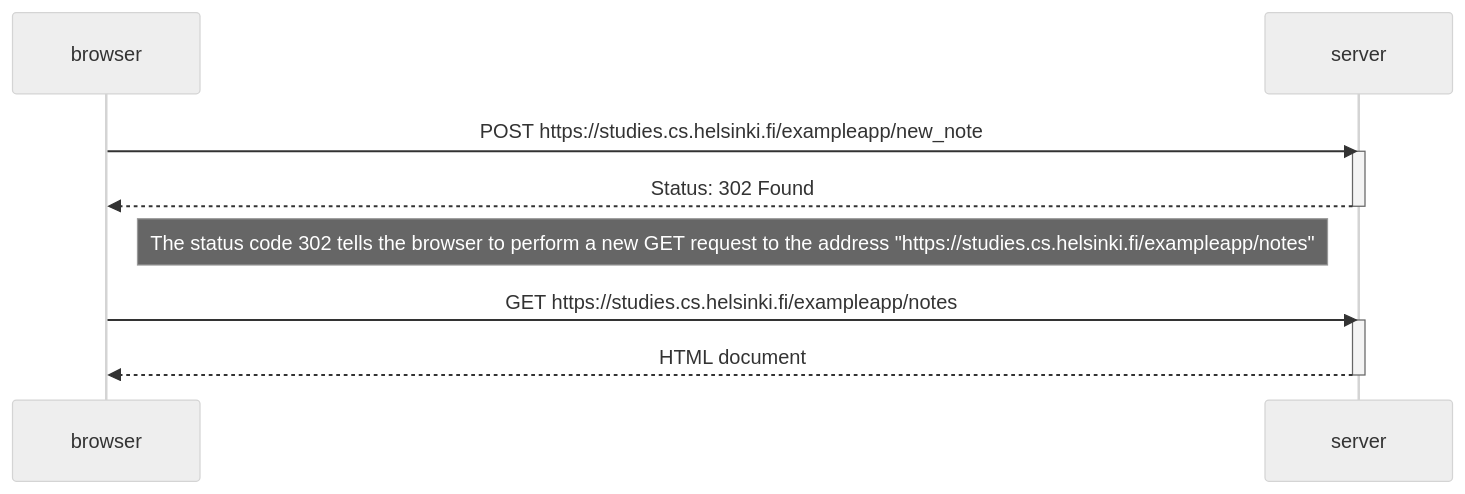
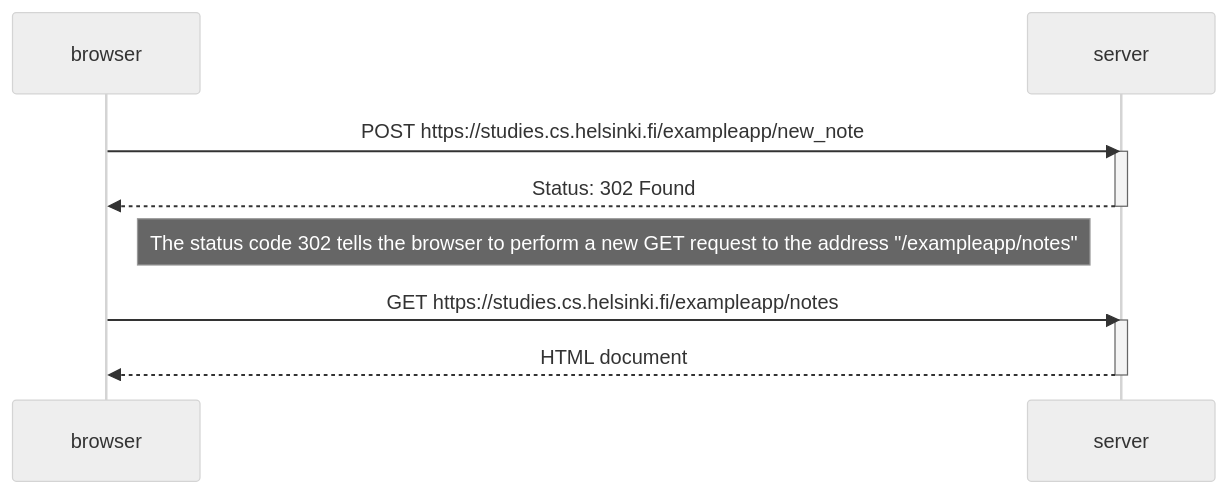
The diagram in part0/04_new_note_diagram.md (joctas/University_of_Helsinki_Exercises), drawn with Mermaid (neutral theme) before and after one commit.

Commit message:
Small refactoring of address

````diff
--- a/part0/04_new_note_diagram.md
+++ b/part0/04_new_note_diagram.md
@@ -3,17 +3,17 @@
 ```mermaid
 sequenceDiagram
     participant browser
     participant server
 
     browser->>server: POST https://studies.cs.helsinki.fi/exampleapp/new_note
     activate server
     server-->>browser: Status: 302 Found
     deactivate server
 
-    Note right of browser: The status code 302 tells the browser to perform a new GET request to the address "https://studies.cs.helsinki.fi/exampleapp/notes"
+    Note right of browser: The status code 302 tells the browser to perform a new GET request to the address "/exampleapp/notes"
 
     browser->>server: GET https://studies.cs.helsinki.fi/exampleapp/notes
     activate server
     server-->>browser: HTML document
     deactivate server
 ```
````
